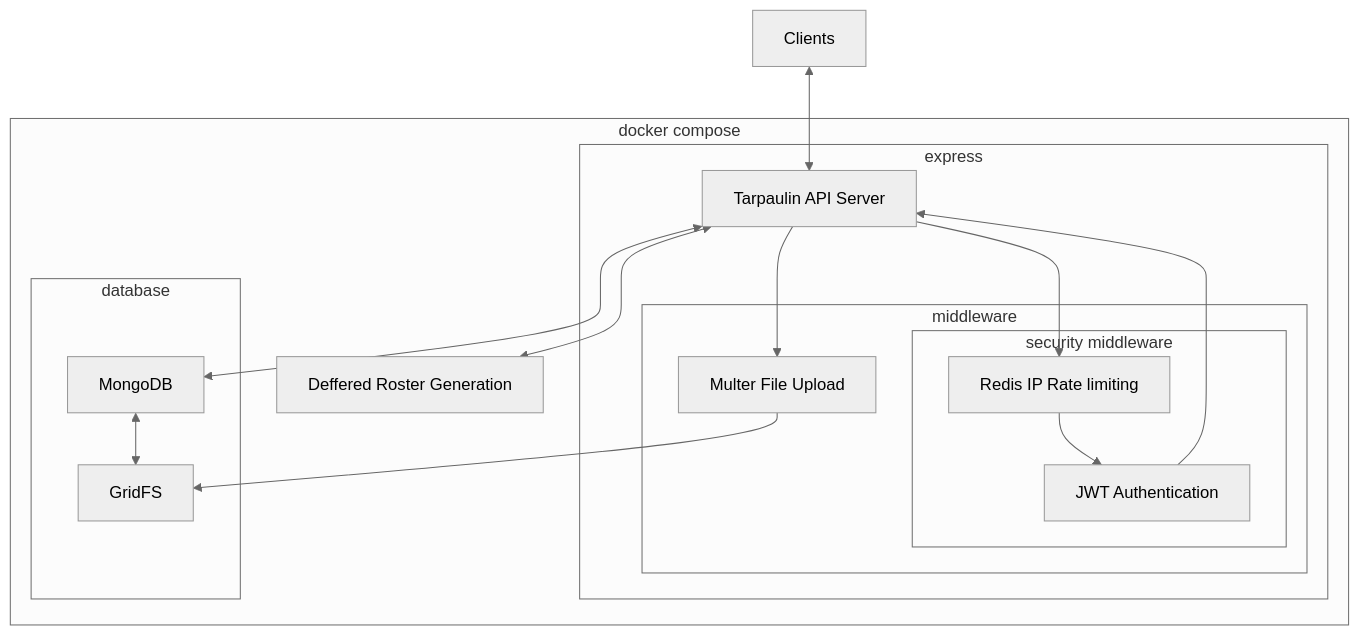
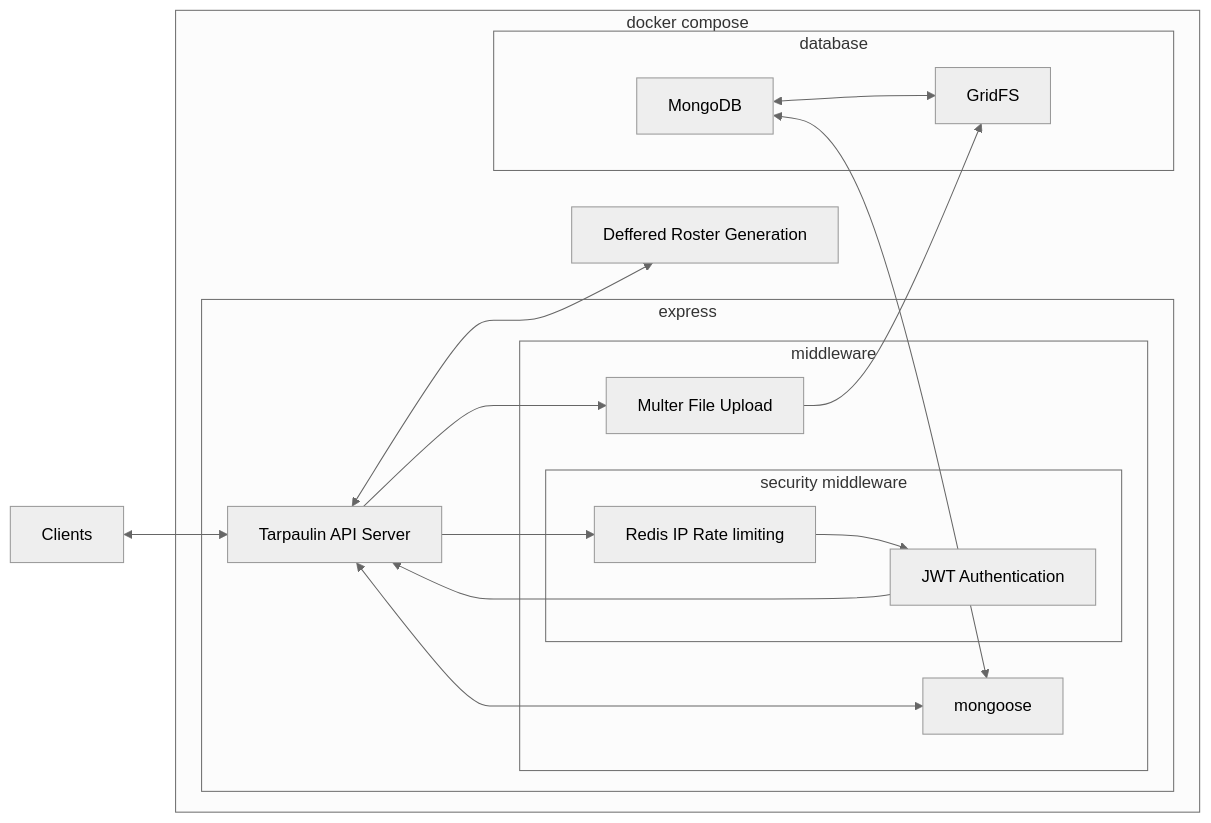
Before and after one commit to voermanr/cs493-project-tarpaulin: the diagram in api_arch_diagram.md, drawn with Mermaid (neutral theme).

Commit message:
Update api_arch_diagram.md
Added in mongoose connection

````diff
--- a/api_arch_diagram.md
+++ b/api_arch_diagram.md
@@ -1,32 +1,34 @@
 ```mermaid
-graph TB
+graph LR
     CLIENT[Clients]
     subgraph docker compose
         subgraph express
             API[Tarpaulin API Server]
             subgraph middleware
                 subgraph security middleware
                     IP_LIMIT[Redis IP Rate limiting]
                     AUTH[JWT Authentication]
                 end
                 UPLOAD[Multer File Upload]
+                DB_WRAPPER[mongoose]
             end
         end 
         subgraph database
             DB[MongoDB]
             FILE_DB[GridFS]
         end
         ROSTER[Deffered Roster Generation]
     end
 
     
     CLIENT <--> API
     API --> IP_LIMIT
     IP_LIMIT --> AUTH
     AUTH --> API
-    API <--> DB
+    API <--> DB_WRAPPER
+    DB <--> DB_WRAPPER
     DB <--> FILE_DB
     API --> UPLOAD
     UPLOAD --> FILE_DB
     API <--> ROSTER
 ```
````
